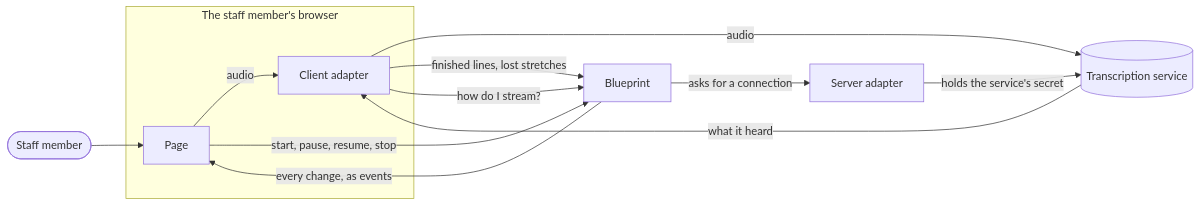
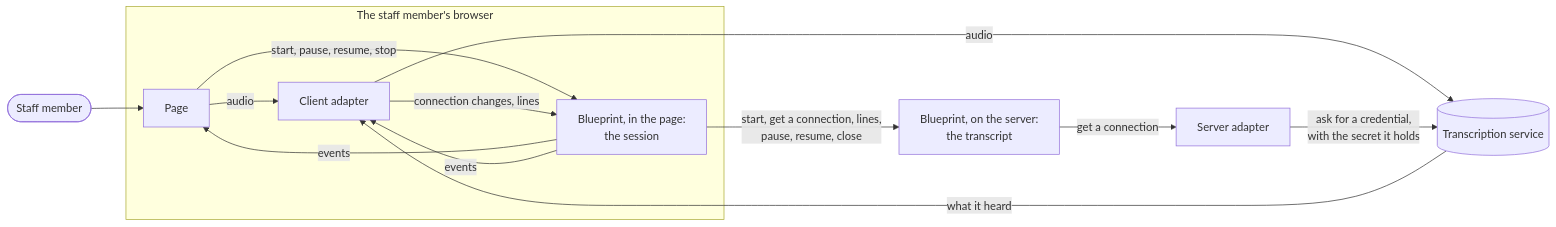
Before and after one commit to codeforamerica/safety-net-blueprint: the first of 6 diagrams in docs/architecture/domains/communication.md, drawn with Mermaid. The commit also changed other lines of this file, not shown here.

First line of the commit message:
Decide the session's names, and show where each part runs

````diff
--- a/docs/architecture/domains/communication.md
+++ b/docs/architecture/domains/communication.md
@@ -66,15 +91,16 @@
 ```mermaid
 flowchart LR
   staff([Staff member]) --> page
   subgraph browser [The staff member's browser]
     page[Page] -- audio --> client[Client adapter]
+    page -- start, pause, resume, stop --> session[Blueprint, in the page:<br/>the session]
+    client -- connection changes, lines --> session
+    session -- events --> page
+    session -- events --> client
   end
   client -- audio --> service[(Transcription service)]
   service -- what it heard --> client
-  client -- finished lines, lost stretches --> blueprint[Blueprint]
-  page -- start, pause, resume, stop --> blueprint
-  blueprint -- every change, as events --> page
-  client -- how do I stream? --> blueprint
-  blueprint -- asks for a connection --> adapter[Server adapter]
-  adapter -- holds the service's secret --> service
+  session -- start, get a connection, lines,<br/>pause, resume, close --> server[Blueprint, on the server:<br/>the transcript]
+  server -- get a connection --> adapter[Server adapter]
+  adapter -- ask for a credential,<br/>with the secret it holds --> service
 ```
````
